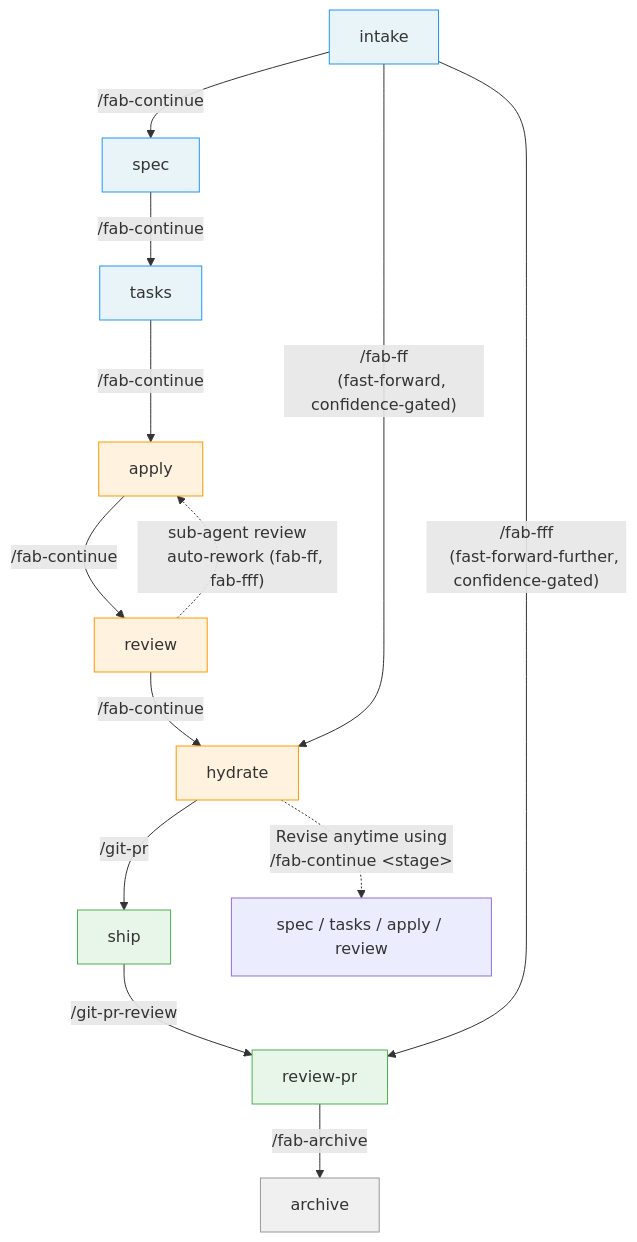
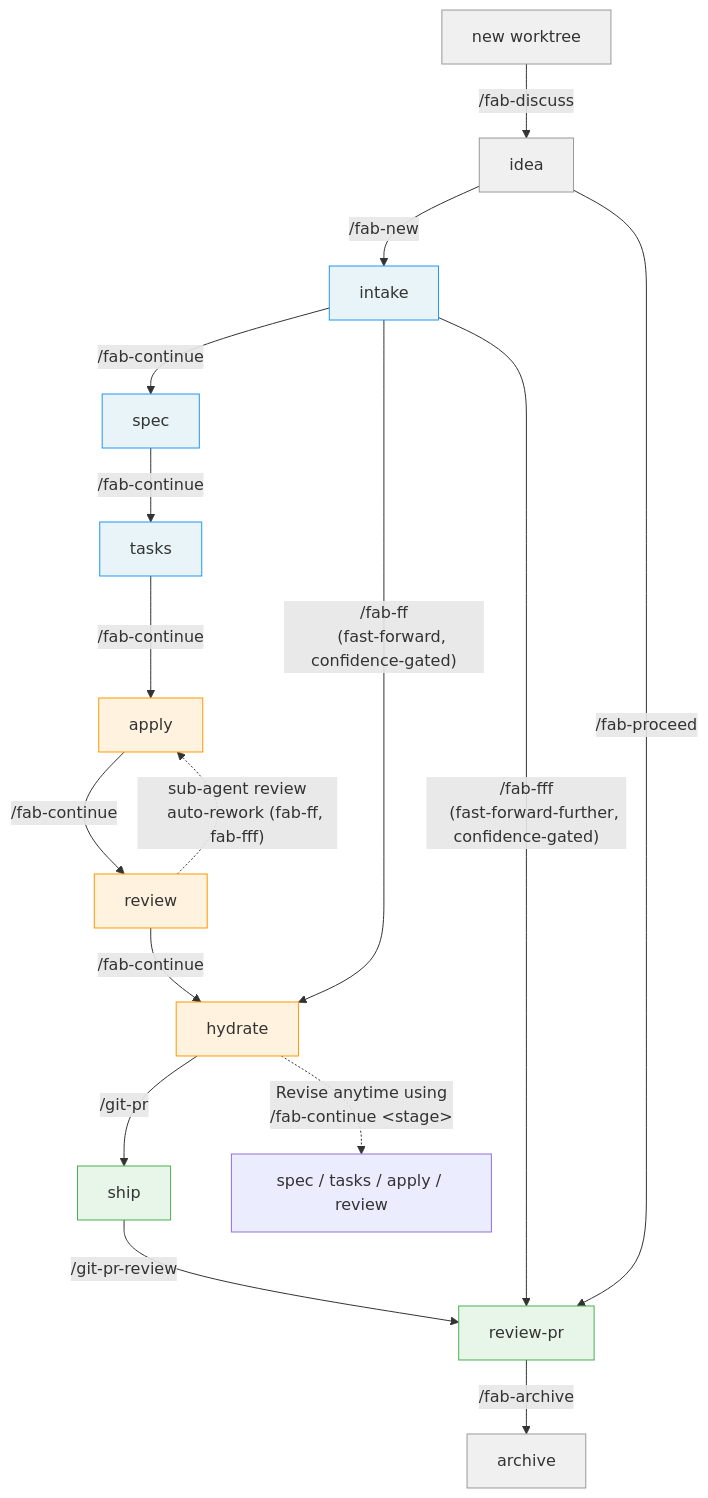
The second of 4 diagrams in docs/specs/user-flow.md (sahil87/fab-kit), drawn with Mermaid before and after one commit. The commit also changed other lines of this file and 1 other file, not shown here.

First line of the commit message:
docs: Move stage coverage diagram to README, streamline user-flow

````diff
--- a/docs/specs/user-flow.md
+++ b/docs/specs/user-flow.md
@@ -44,38 +44,43 @@
 ```mermaid
 flowchart TD
-    B[intake] -->|"/fab-continue"| S[spec]
+    WT[new worktree] -->|"/fab-discuss"| IDEA[idea]
+    IDEA -->|"/fab-new"| B[intake]
+    B -->|"/fab-continue"| S[spec]
     S -->|"/fab-continue"| T[tasks]
     T -->|"/fab-continue"| A[apply]
     A -->|"/fab-continue"| R[review]
     R -->|"/fab-continue"| H[hydrate]
     H -->|"/git-pr"| SH[ship]
     SH -->|"/git-pr-review"| RP[review-pr]
 
     %% Post-pipeline housekeeping
     RP -->|"/fab-archive"| AR[archive]
 
     %% Shortcuts
     B -->|"/fab-ff
     (fast-forward, confidence-gated)"| H
     B -->|"/fab-fff
     (fast-forward-further, confidence-gated)"| RP
+    IDEA -->|"/fab-proceed"| RP
 
     %% Apply-review loop (sub-agent review with auto-rework)
     R -.->|"sub-agent review
     auto-rework (fab-ff, fab-fff)"| A
 
     %% Rework (reset to any earlier stage)
     H -.->|"Revise anytime using
     /fab-continue &lt;stage&gt;"| REWORK["spec / tasks / apply / review"]
 
     %% Styles
+    style WT fill:#f0f0f0,stroke:#999
+    style IDEA fill:#f0f0f0,stroke:#999
     style B fill:#e8f4f8,stroke:#2196F3
     style S fill:#e8f4f8,stroke:#2196F3
     style T fill:#e8f4f8,stroke:#2196F3
     style A fill:#fff3e0,stroke:#FF9800
     style R fill:#fff3e0,stroke:#FF9800
     style H fill:#fff3e0,stroke:#FF9800
     style SH fill:#e8f5e9,stroke:#4CAF50
     style RP fill:#e8f5e9,stroke:#4CAF50
     style AR fill:#f0f0f0,stroke:#999
 ```
````
